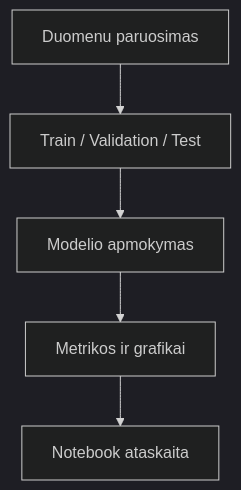
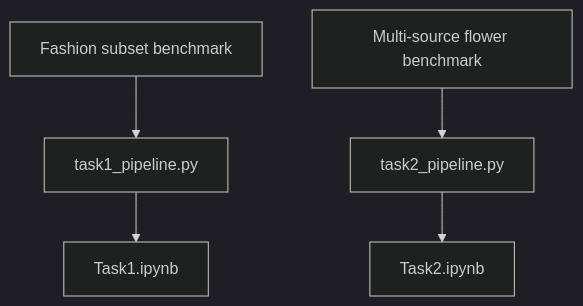
Before and after one commit to TheWBs/cnn-image-classification: the second of 2 diagrams in README.md, drawn with Mermaid (dark theme). The commit also changed other lines of this file and 4 other files, not shown here.

````diff
--- a/README.md
+++ b/README.md
@@ -58,7 +39,8 @@
 ```mermaid
 flowchart TD
-    A[Duomenu paruosimas] --> B[Train / Validation / Test]
-    B --> C[Modelio apmokymas]
-    C --> D[Metrikos ir grafikai]
-    D --> E[Notebook ataskaita]
+    F[Fashion subset benchmark] --> G[task1_pipeline.py]
+    G --> H[Task1.ipynb]
+
+    I[Multi-source flower benchmark] --> J[task2_pipeline.py]
+    J --> K[Task2.ipynb]
 ```
````
